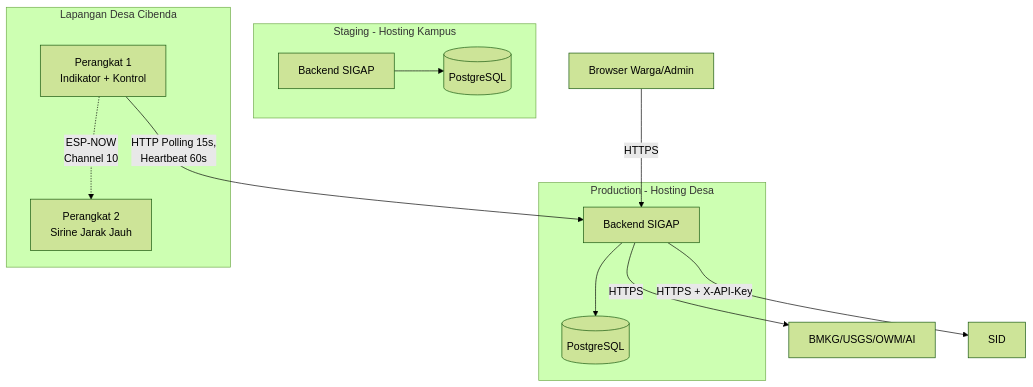
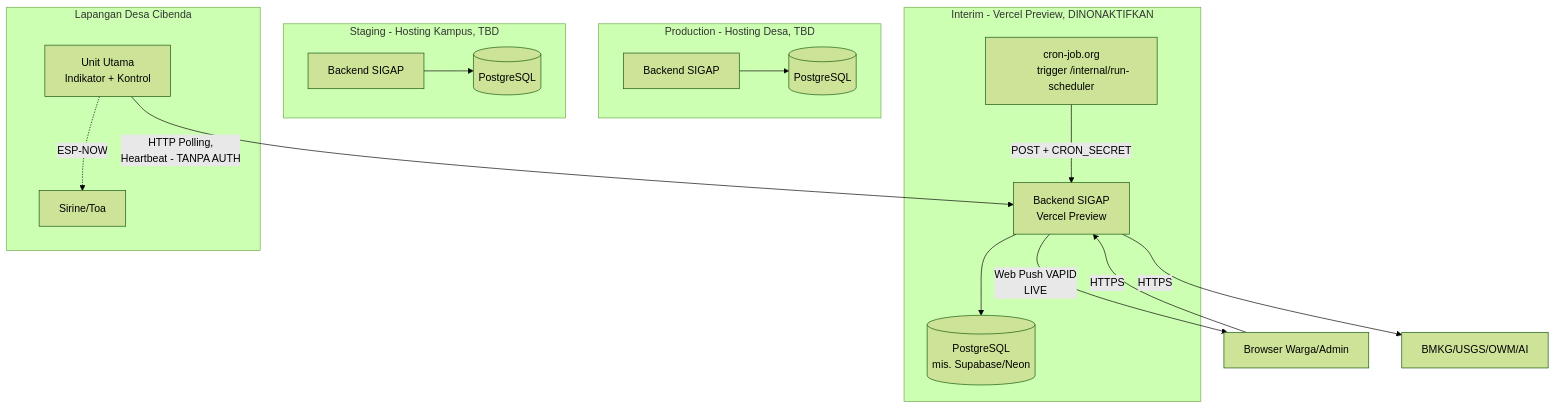
The diagram in docs/architecture/08_deployment_view.md (Vextronode/sigap_app), drawn with Mermaid (forest theme) before and after one commit. The commit also changed other lines of this file and 311 other files, not shown here.

````diff
--- a/docs/architecture/08_deployment_view.md
+++ b/docs/architecture/08_deployment_view.md
@@ -7,32 +9,42 @@
 ```mermaid
 flowchart TB
-    subgraph Prod[Production - Hosting Desa]
+    subgraph Prod[Production - Hosting Desa, TBD]
         ProdBE[Backend SIGAP]
         ProdDB[(PostgreSQL)]
         ProdBE --> ProdDB
     end
 
-    subgraph Staging[Staging - Hosting Kampus]
+    subgraph Staging[Staging - Hosting Kampus, TBD]
         StgBE[Backend SIGAP]
         StgDB[(PostgreSQL)]
         StgBE --> StgDB
     end
 
+    subgraph Interim[Interim - Vercel Preview, DINONAKTIFKAN]
+        VercelBE[Backend SIGAP
+        Vercel Preview]
+        VercelDB[(PostgreSQL
+        mis. Supabase/Neon)]
+        Cron[cron-job.org
+        trigger /internal/run-scheduler]
+        VercelBE --> VercelDB
+        Cron -->|POST + CRON_SECRET| VercelBE
+    end
+
     subgraph Lapangan[Lapangan Desa Cibenda]
-        Dev1[Perangkat 1
+        UnitUtama[Unit Utama
         Indikator + Kontrol]
-        Dev2[Perangkat 2
-        Sirine Jarak Jauh]
-        Dev1 -.ESP-NOW
-        Channel 10.-> Dev2
+        Sirine[Sirine/Toa]
+        UnitUtama -.ESP-NOW.-> Sirine
     end
 
     Browser[Browser Warga/Admin]
 
-    Browser -->|HTTPS| ProdBE
-    Dev1 -->|HTTP Polling 15s,
-    Heartbeat 60s| ProdBE
+    Browser -->|HTTPS| VercelBE
+    UnitUtama -->|HTTP Polling,
+    Heartbeat - TANPA AUTH| VercelBE
 
-    ProdBE -->|HTTPS| ExtAPI[BMKG/USGS/OWM/AI]
-    ProdBE -->|HTTPS + X-API-Key| SID[SID]
+    VercelBE -->|HTTPS| ExtAPI[BMKG/USGS/OWM/AI]
+    VercelBE -->|Web Push VAPID
+    LIVE| Browser
 ```
````
